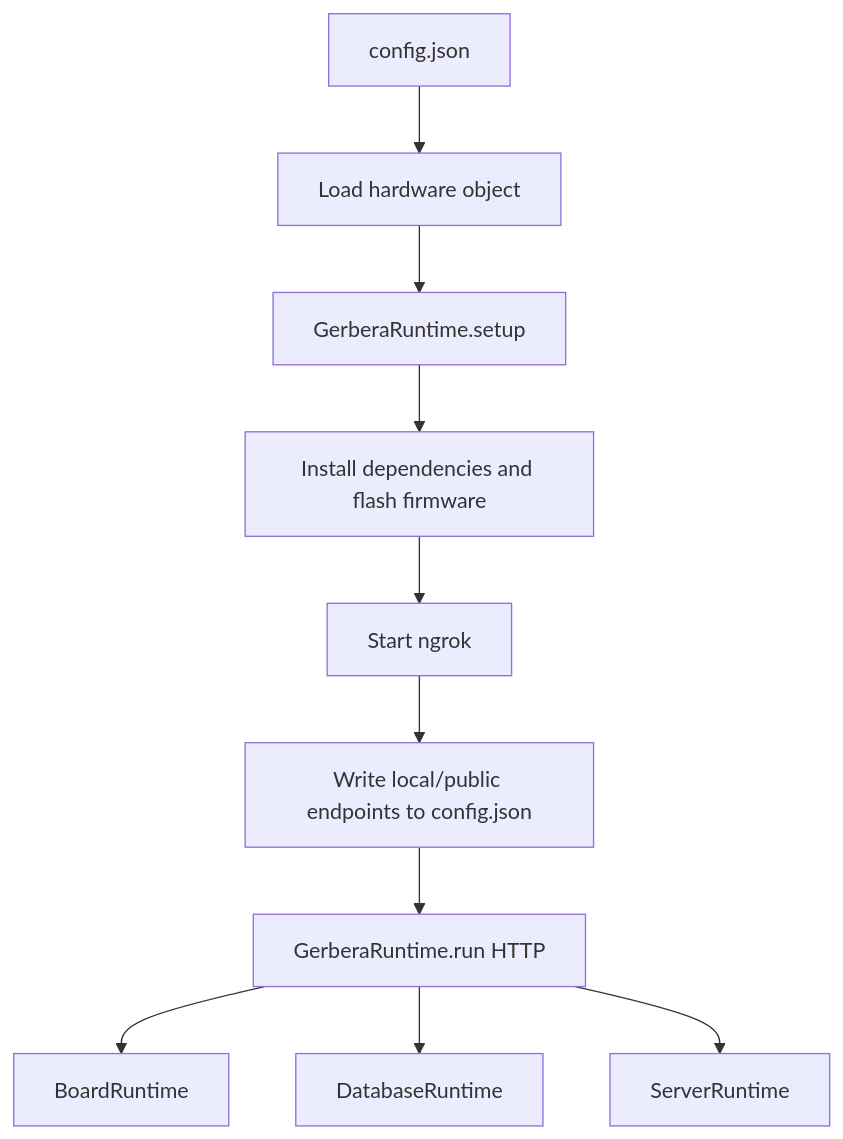
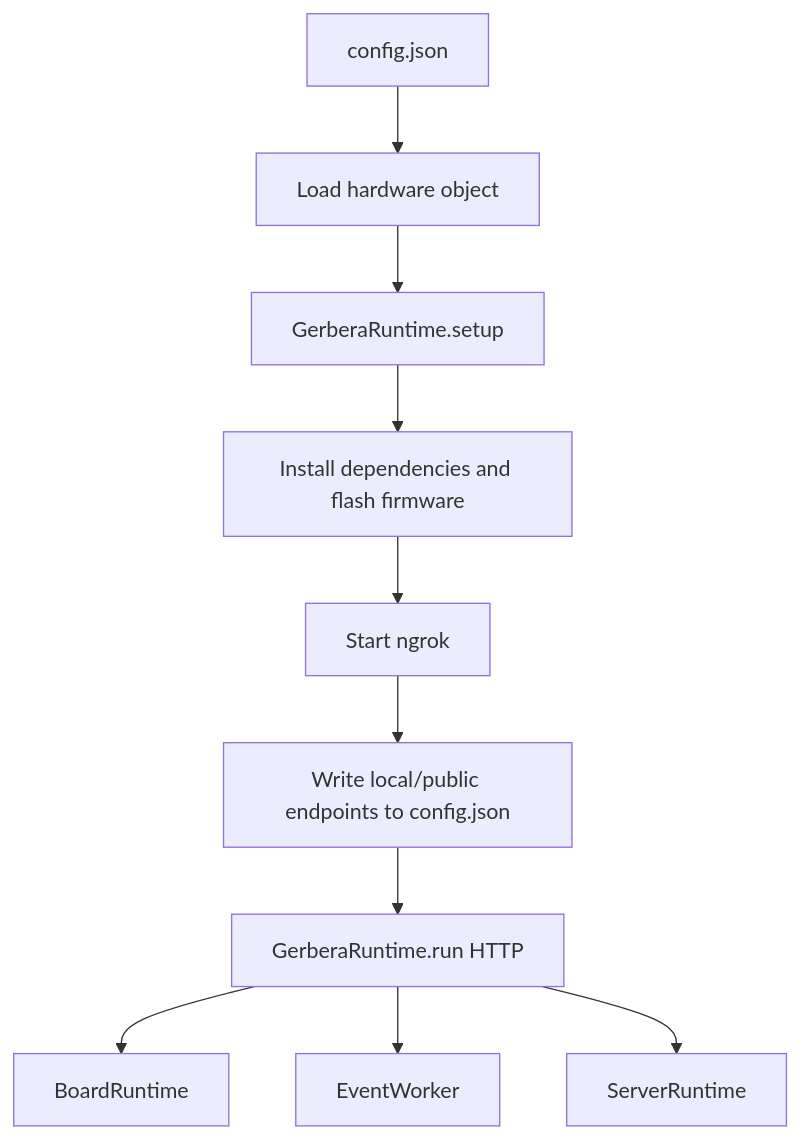
The diagram in src/gerbera_cli/setup/README.md (BaronLiu1993/gerbera), drawn with Mermaid before and after one commit. The commit also changed 27 other files, not shown here.

````diff
--- a/src/gerbera_cli/setup/README.md
+++ b/src/gerbera_cli/setup/README.md
@@ -27,12 +27,12 @@
 ```mermaid
 flowchart TD
     A[config.json] --> B[Load hardware object]
     B --> C[GerberaRuntime.setup]
     C --> D[Install dependencies and flash firmware]
     D --> E[Start ngrok]
     E --> F[Write local/public endpoints to config.json]
     F --> G[GerberaRuntime.run HTTP]
     G --> H[BoardRuntime]
-    G --> I[DatabaseRuntime]
+    G --> I[EventWorker]
     G --> J[ServerRuntime]
 ```
````
